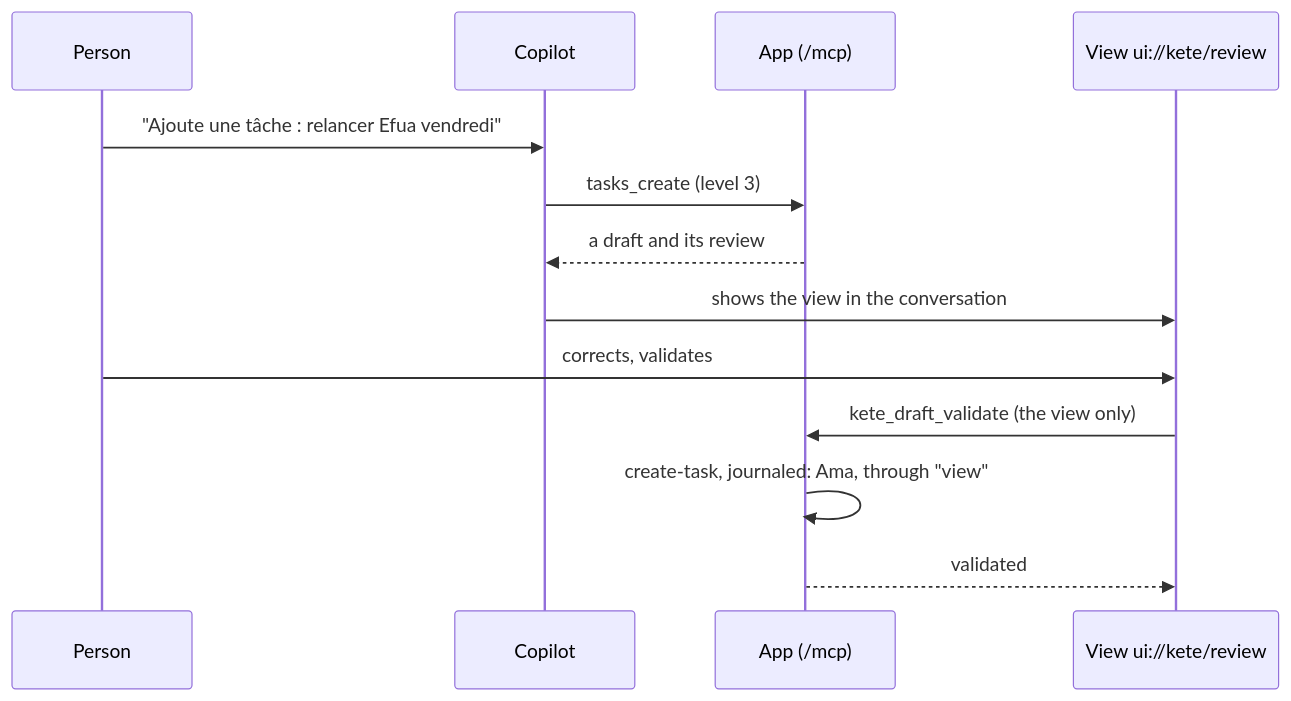
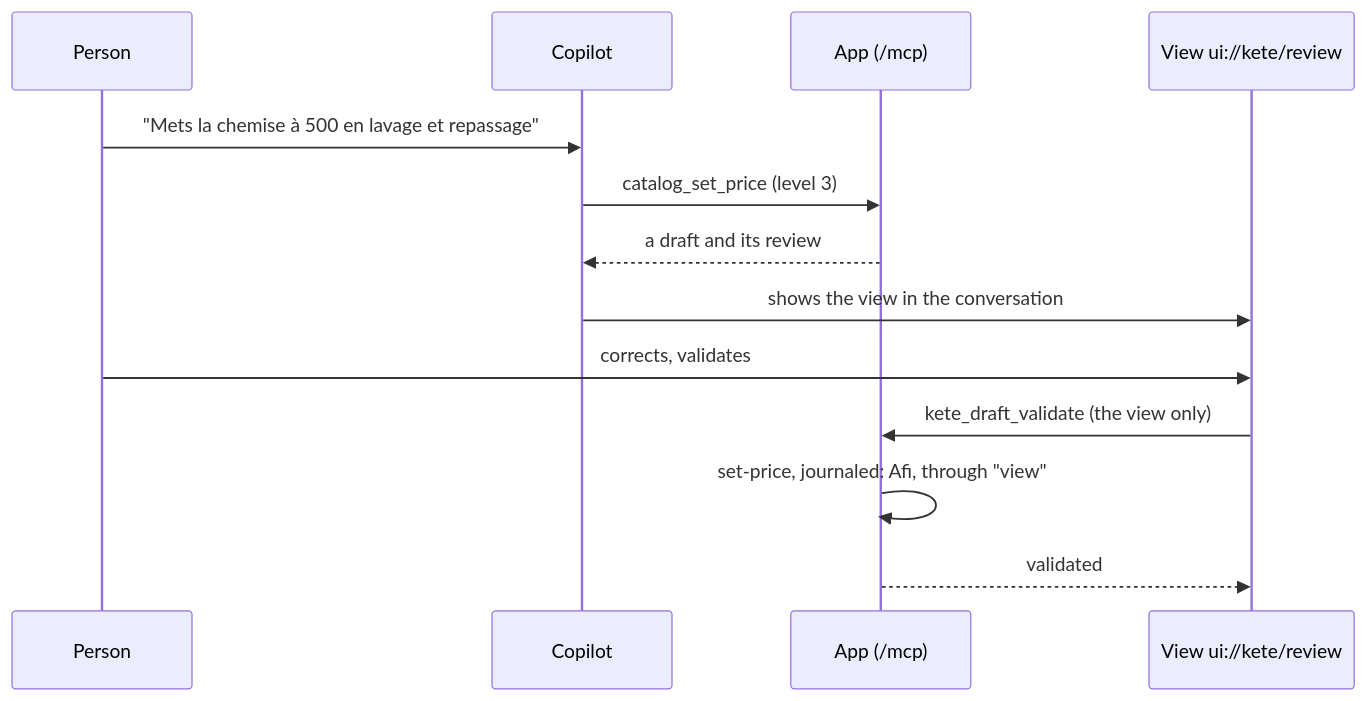
The diagram in docs/flows/draft-validated.md (kete-africa/nettio), drawn with Mermaid before and after one commit. The commit also changed 130 other files, not shown here.

````diff
--- a/docs/flows/draft-validated.md
+++ b/docs/flows/draft-validated.md
@@ -3,15 +3,15 @@
 ```mermaid
 sequenceDiagram
   participant P as Person
   participant C as Copilot
   participant A as App (/mcp)
   participant V as View ui://kete/review
-  P->>C: "Ajoute une tâche : relancer Efua vendredi"
-  C->>A: tasks_create (level 3)
+  P->>C: "Mets la chemise à 500 en lavage et repassage"
+  C->>A: catalog_set_price (level 3)
   A-->>C: a draft and its review
   C->>V: shows the view in the conversation
   P->>V: corrects, validates
   V->>A: kete_draft_validate (the view only)
-  A->>A: create-task, journaled: Ama, through "view"
+  A->>A: set-price, journaled: Afi, through "view"
   A-->>V: validated
 ```
````
